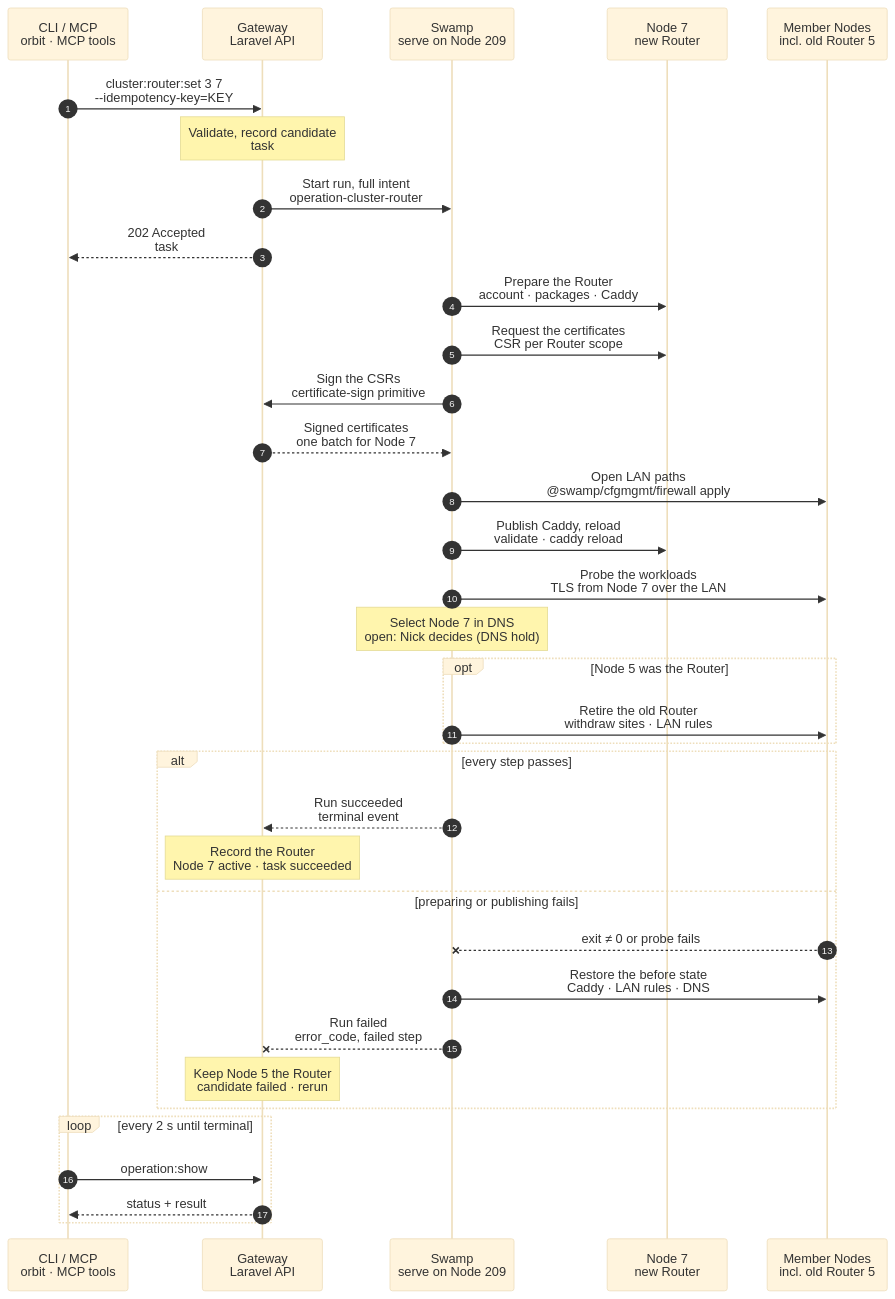
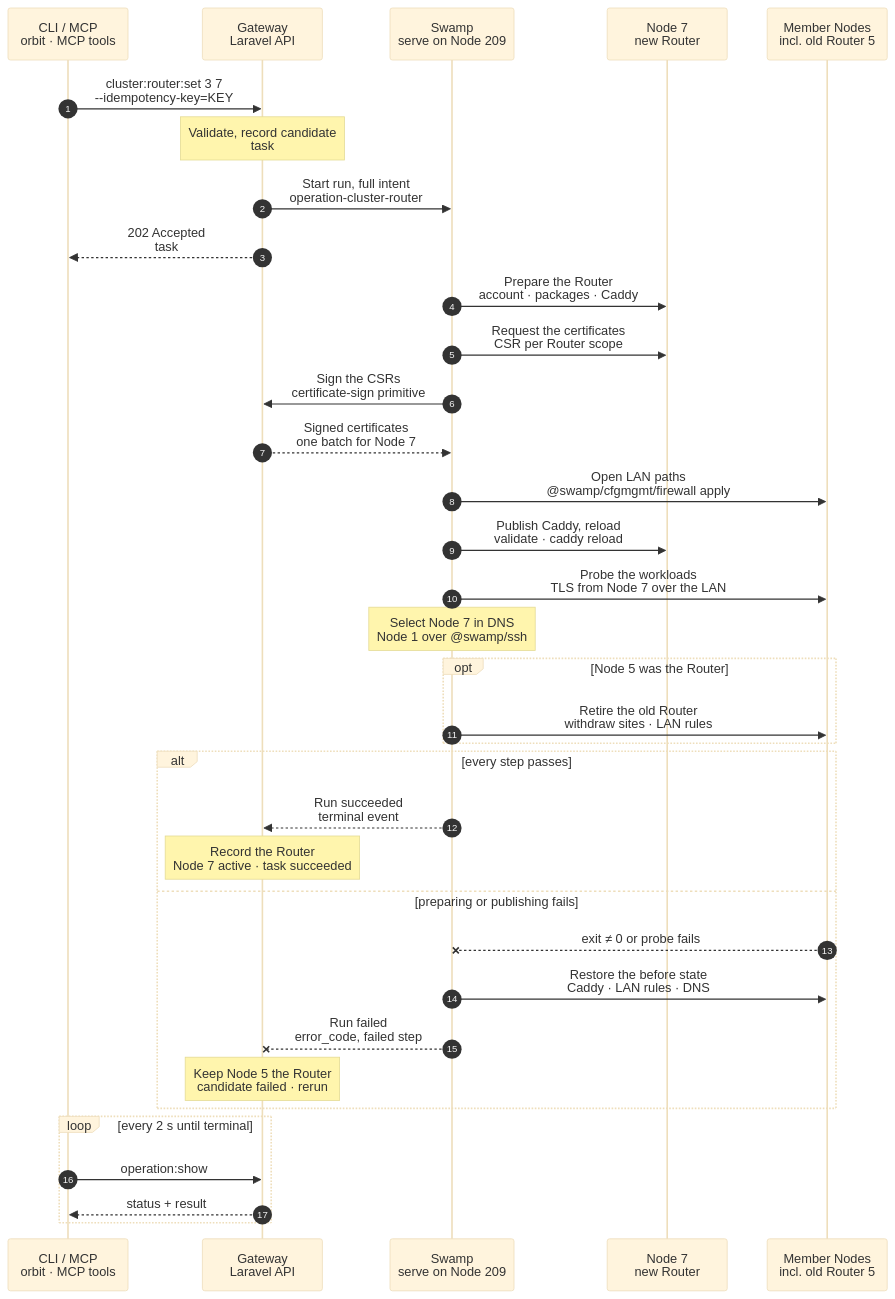
Before and after one commit to hardimpactdev/orbit: the diagram in docs/flows/cluster.router_set.mmd, drawn with Mermaid (base theme).

Commit message:
docs(flows): cluster.router_set

```diff
--- a/docs/flows/cluster.router_set.mmd
+++ b/docs/flows/cluster.router_set.mmd
@@ -1,126 +1,126 @@
 sequenceDiagram
-  %% Target design: ADR 0244 task, DECISIONS 1 (cert signing is the one step→Gateway call), 2 (DNS hold), R2-R4. docs/reference/native-cluster-router.md, docs/cli/cluster.mdx.
+  %% Target design: ADR 0244 task, DECISIONS 1 (cert signing is the one step→Gateway call), R2-R4. docs/reference/native-cluster-router.md, docs/cli/cluster.mdx.
   %% status: draft
   %% command: cluster:router:set
   autonumber
   %% lane CLI icon=terminal pill=caller tone=gray
   %% lane GW icon=gateway pill=intent tone=blue
   %% lane SW icon=workflow pill=executes tone=green
   %% lane N icon=server pill=target tone=amber
   %% lane M icon=server pill=target tone=purple
   participant CLI as CLI / MCP<br/>orbit · MCP tools
   participant GW as Gateway<br/>Laravel API
   participant SW as Swamp<br/>serve on Node 209
   participant N as Node 7<br/>new Router
   participant M as Member Nodes<br/>incl. old Router 5
   CLI->>GW: cluster:router:set 3 7<br/>--idempotency-key=KEY
   %%> Command:
   %%> - `orbit cluster:router:set 3 7`
   %%> - syntax: `<cluster> <node> [--idempotency-key=KEY] [--json]`
   %%> Input:
   %%> - the Cluster ID and the Node ID of an active member
   %%> What it does:
   %%> - makes Node 7 the Cluster Router: members on the LAN reach Cluster Routes through it, over HTTPS, and ask it for DNS
   %%> - replaces the current Router, Node 5, without a gap
   Note over GW: Validate, record candidate<br/>task #5160 · Cluster lock
   %%> Requirements:
   %%> - your Node has an access grant to Node 7
   %%> - Node 7 is an active member of Cluster 3 with a LAN address (`cluster.router_node_invalid`)
   %%> - no other Router change runs for Cluster 3; the Gateway waits up to 30 seconds, then refuses with `cluster.router_busy`
   %%> - no unfinished replacement from another Router change (`cluster.router_transition_conflict`)
   %%> Builds:
   %%> - the Router's Caddy sites for every Cluster Route, its certificate requests, and the LAN firewall rules
   %%> - the before and after state, so a failure can restore the before state
   %%> Result:
   %%> - Node 7's `router` assignment recorded as pending; Node 5 stays the active Router
   %%> - task #5160 recorded with the full intent
   GW->>SW: Start run, full intent<br/>operation-cluster-router
   %%> What it does:
   %%> - starts one Swamp run on serve (Node 209)
   %%> Inputs:
   %%> - the sites, certificate requests, LAN rules, and old Router assignments
   %%> - the addresses and SSH host keys of Node 7 and every member; the SSH identity comes from the `swamp` role
   GW-->>CLI: 202 Accepted<br/>task #5160
   %%> What you get:
   %%> - the task number, at once
   %%> Next:
   %%> - the CLI follows the task with `operation:show`
   SW->>N: Prepare the Router<br/>account · packages · Caddy
   %%> How:
   %%> - over SSH from 209 with `@swamp/ssh` and `@swamp/cfgmgmt` behaviors
   %%> What it does:
   %%> - the `router` role setup: the managed account, the required packages and the pinned Caddy package
   %%> - an existing, matching install is left as it is
   SW->>N: Request the certificates<br/>CSR per Router scope
   %%> What it does:
   %%> - makes a key and a CSR on Node 7 for each Cluster Route domain that changed
   %%> - the private keys never leave Node 7
   SW->>GW: Sign the CSRs<br/>certificate-sign primitive
   %%> Why a call to the Gateway:
   %%> - certificate signing is the one allowed step→Gateway call; the Orbit CA stays in the Gateway
   GW-->>SW: Signed certificates<br/>one batch for Node 7
   %%> Returns:
   %%> - the signed certificates; Swamp installs them on Node 7
   SW->>M: Open LAN paths<br/>@swamp/cfgmgmt/firewall apply
   %%> What it does:
   %%> - on Node 7: allows 443/tcp and 53/tcp+udp from each eligible member's LAN address
   %%> - on each workload member: allows Node 7's LAN address to its Route ports
   %%> - identical lines are left as they are
   SW->>N: Publish Caddy, reload<br/>validate · caddy reload
   %%> What it does:
   %%> - validates the full Router site list, then reloads the running Caddy; no restart
   SW->>M: Probe the workloads<br/>TLS from Node 7 over the LAN
   %%> What it does:
   %%> - checks from Node 7 that every Cluster Route's workload answers with a valid certificate
   %%> Why:
   %%> - Node 7 only becomes the Router when it can serve every Route
-  Note over SW: Select Node 7 in DNS<br/>open: Nick decides (DNS hold)
+  Note over SW: Select Node 7 in DNS<br/>Node 1 over @swamp/ssh
   %%> What it does:
   %%> - private DNS answers members' Cluster names with Node 7's LAN address, then waits the 31-second DNS grace
-  %%> Open:
-  %%> - the DNS hold (`native-dns-takeover-held`) is in force; Nick decides how Route DNS is published
+  %%> How:
+  %%> - over SSH from 209 to the VPN Node (Node 1), with the `swamp` role's key
   opt Node 5 was the Router
     SW->>M: Retire the old Router<br/>withdraw sites · LAN rules
     %%> When:
     %%> - only when the run replaces a Router, after the DNS grace
     %%> What it does:
     %%> - removes the Router sites and certificates from Node 5 and reloads its Caddy
     %%> - removes the LAN rules that only Node 5 needed; it never removes WireGuard baseline rules
     %%> If it fails:
     %%> - Node 7 stays the Router; the old assignment stays recorded as unfinished, and a rerun finishes it
   end
   alt every step passes
     SW-->>GW: Run succeeded<br/>terminal event
     %%> How the Gateway learns it:
     %%> - its shared run reader sees the terminal event; Swamp never calls the Gateway
     Note over GW: Record the Router<br/>Node 7 active · task succeeded
     %%> Result:
     %%> - Node 7's `router` assignment becomes active; Node 5's is deleted
     %%> - task #5160 succeeds
   else preparing or publishing fails
     M--xSW: exit ≠ 0 or probe fails
     %%> When:
     %%> - a setup, certificate, firewall or Caddy step fails, or a workload probe fails
     SW->>M: Restore the before state<br/>Caddy · LAN rules · DNS
     %%> What it does:
     %%> - puts back the captured Caddy, firewall and DNS state, so Node 5 keeps serving
     SW--xGW: Run failed<br/>error_code, failed step
     %%> The Gateway reads:
     %%> - which step failed, its error code, and whether the restore passed
     Note over GW: Keep Node 5 the Router<br/>candidate failed · rerun
     %%> Result:
     %%> - Node 7's assignment is marked failed; Node 5 stays the active Router
     %%> - task #5160 fails
     %%> On the Node:
     %%> - packages and Caddy on Node 7 stay; that is harmless
     %%> Retry:
     %%> - run the same command again after fixing the cause
   end
   loop every 2 s until terminal
     CLI->>GW: operation:show #5160
     %%> What it does:
     %%> - asks for the task's status every 2 seconds until it has ended
     GW-->>CLI: status + result
     %%> Returns:
     %%> - the current status, and the result once the task has ended
   end
```
